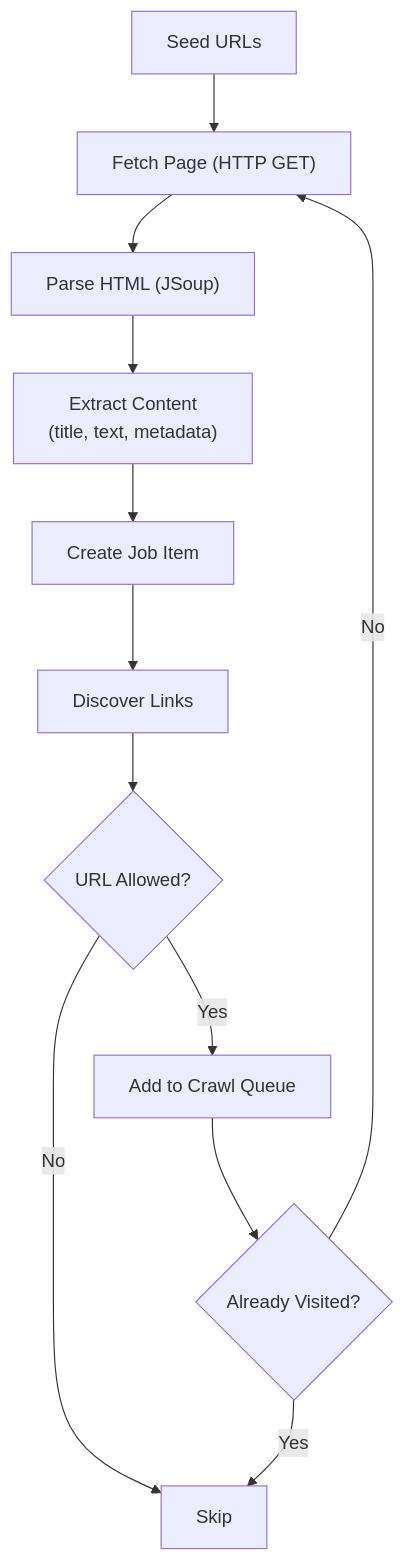
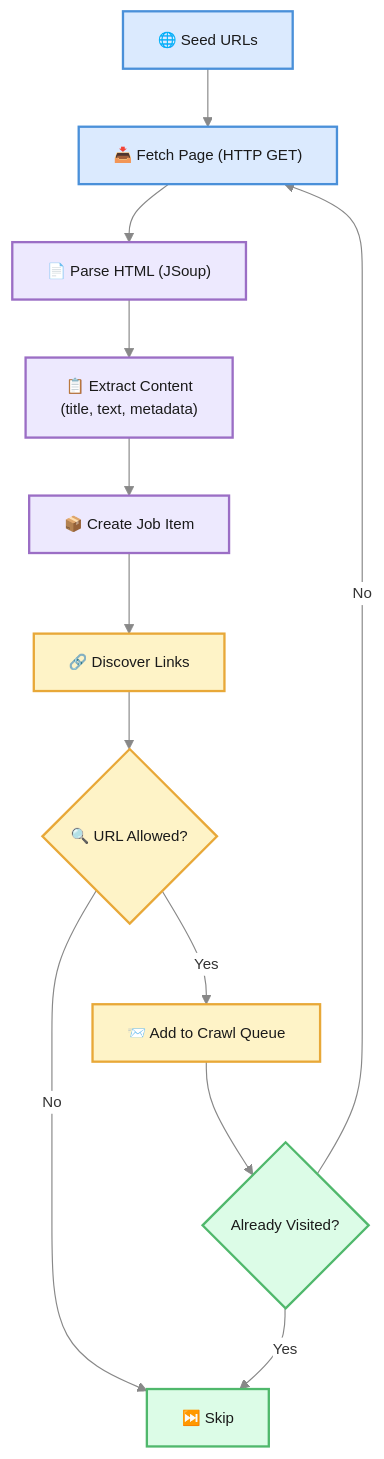
Before and after one commit to openviglet/docs: the diagram in docs-dumont/connectors/web-crawler.md, drawn with Mermaid. The commit also changed 49 other files, not shown here.

First line of the commit message:
Standardize Mermaid diagrams and conventions

````diff
--- a/docs-dumont/connectors/web-crawler.md
+++ b/docs-dumont/connectors/web-crawler.md
@@ -15,14 +15,25 @@
 ```mermaid
+%%{init: {'theme': 'base', 'themeVariables': {'fontSize': '13px', 'primaryColor': '#fff', 'primaryBorderColor': '#c0c0c0', 'lineColor': '#888', 'textColor': '#333'}}}%%
 graph TD
-    START["Seed URLs"] --> FETCH["Fetch Page (HTTP GET)"]
-    FETCH --> PARSE["Parse HTML (JSoup)"]
-    PARSE --> EXTRACT["Extract Content\n(title, text, metadata)"]
-    EXTRACT --> EMIT["Create Job Item"]
-    EMIT --> LINKS["Discover Links"]
-    LINKS --> FILTER{"URL Allowed?"}
-    FILTER -->|Yes| QUEUE["Add to Crawl Queue"]
-    FILTER -->|No| SKIP["Skip"]
+    START["🌐 Seed URLs"] --> FETCH["📥 Fetch Page (HTTP GET)"]
+    FETCH --> PARSE["📄 Parse HTML (JSoup)"]
+    PARSE --> EXTRACT["📋 Extract Content\n(title, text, metadata)"]
+    EXTRACT --> EMIT["📦 Create Job Item"]
+    EMIT --> LINKS["🔗 Discover Links"]
+    LINKS --> FILTER{"🔍 URL Allowed?"}
+    FILTER -->|Yes| QUEUE["📨 Add to Crawl Queue"]
+    FILTER -->|No| SKIP["⏭️ Skip"]
     QUEUE --> VISITED{"Already Visited?"}
     VISITED -->|No| FETCH
     VISITED -->|Yes| SKIP
+
+    classDef blue fill:#dbeafe,stroke:#4A90D9,stroke-width:2px,color:#1a1a1a
+    classDef green fill:#dcfce7,stroke:#50B86C,stroke-width:2px,color:#1a1a1a
+    classDef purple fill:#ede9fe,stroke:#9B6EC5,stroke-width:2px,color:#1a1a1a
+    classDef amber fill:#fef3c7,stroke:#E8A838,stroke-width:2px,color:#1a1a1a
+
+    class START,FETCH blue
+    class PARSE,EXTRACT,EMIT purple
+    class LINKS,FILTER,QUEUE amber
+    class VISITED,SKIP green
 ```
````
